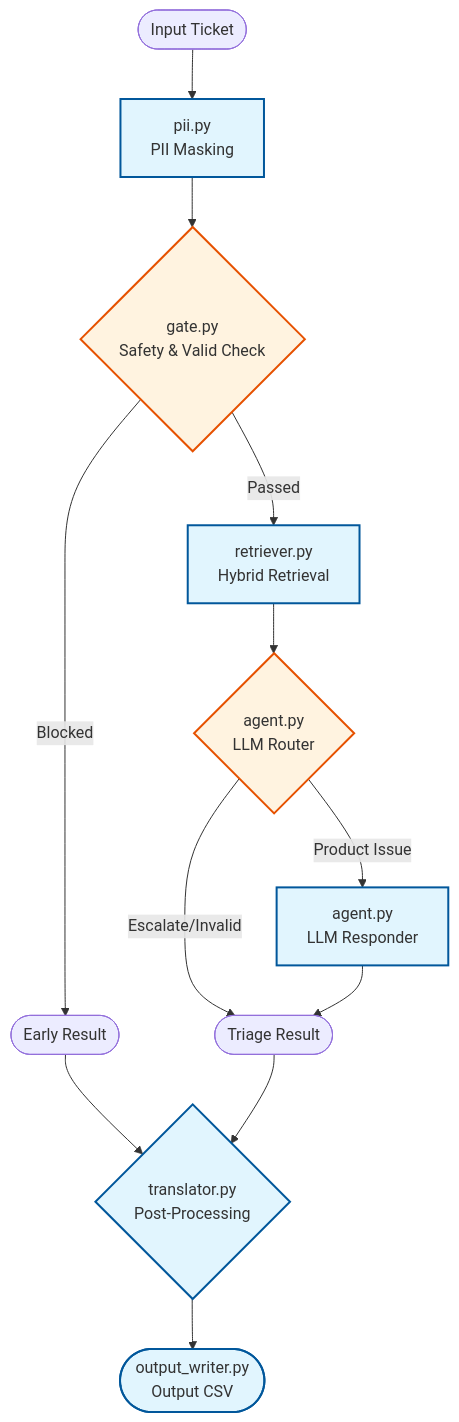
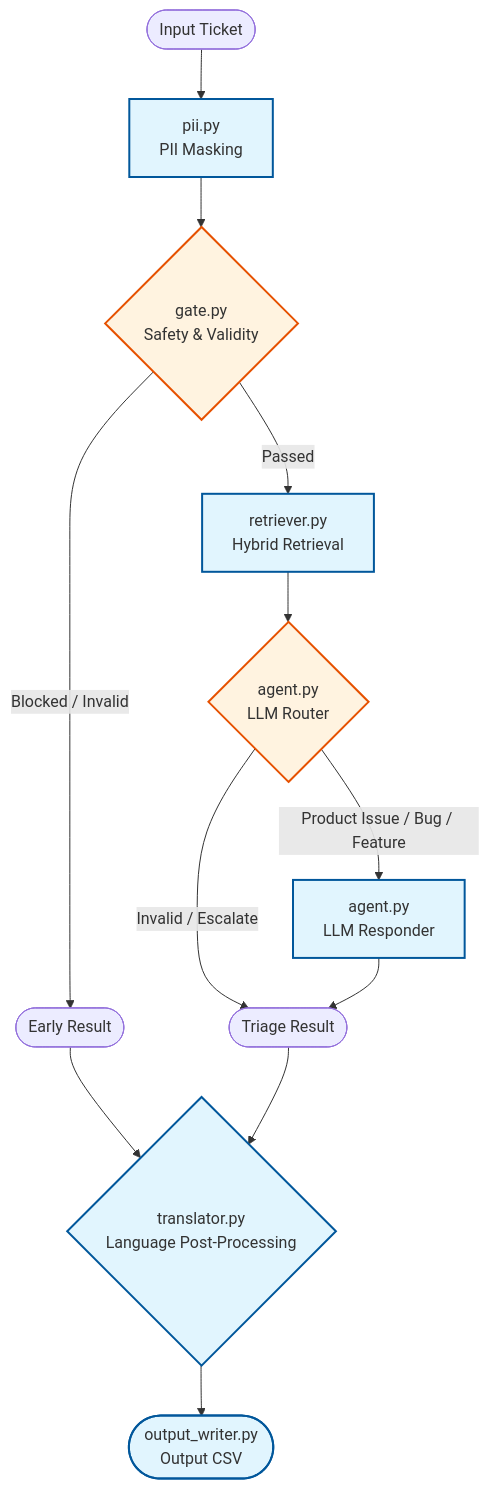
Before and after one commit to adityabavadekar/hackerrank-ochestrate: the diagram in code/README.md, drawn with Mermaid. The commit also changed other lines of this file and 5 other files, not shown here.

````diff
--- a/code/README.md
+++ b/code/README.md
@@ -15,19 +11,19 @@
 ```mermaid
 graph TD
     A([Input Ticket]) --> B[pii.py<br>PII Masking]
-    B --> C{gate.py<br>Safety & Valid Check}
-    C -- "Blocked" --> D([Early Result])
+    B --> C{gate.py<br>Safety & Validity}
+    C -- "Blocked / Invalid" --> D([Early Result])
     C -- "Passed" --> E[retriever.py<br>Hybrid Retrieval]
     E --> F{agent.py<br>LLM Router}
-    F -- "Escalate/Invalid" --> G([Triage Result])
-    F -- "Product Issue" --> H[agent.py<br>LLM Responder]
+    F -- "Invalid / Escalate" --> G([Triage Result])
+    F -- "Product Issue / Bug / Feature" --> H[agent.py<br>LLM Responder]
     H --> G
-    D --> I{translator.py<br>Post-Processing}
+    D --> I{translator.py<br>Language Post-Processing}
     G --> I
     I --> J([output_writer.py<br>Output CSV])
-    
+
     classDef file fill:#e1f5fe,stroke:#01579b,stroke-width:2px;
     classDef logic fill:#fff3e0,stroke:#e65100,stroke-width:2px;
     class B,E,H,I,J file;
     class C,F logic;
 ```
````
